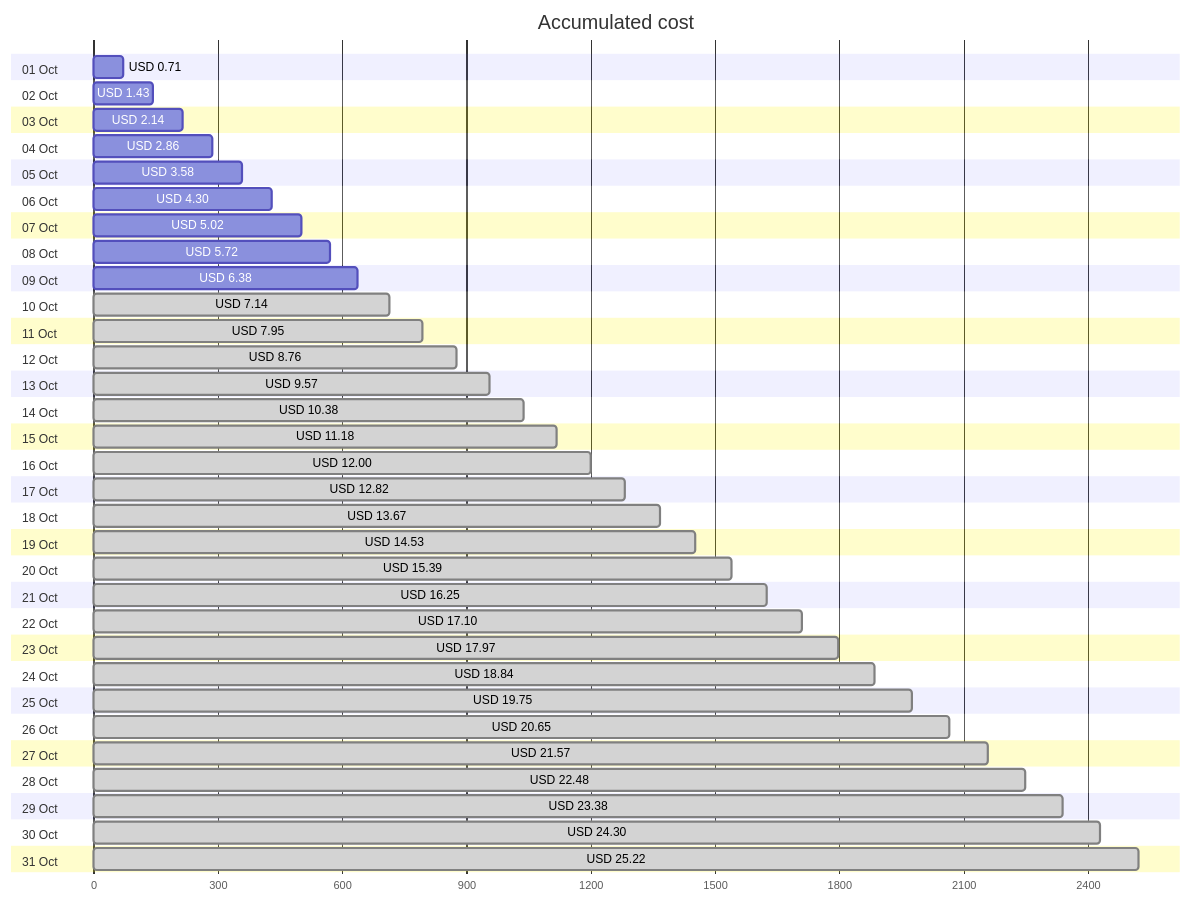
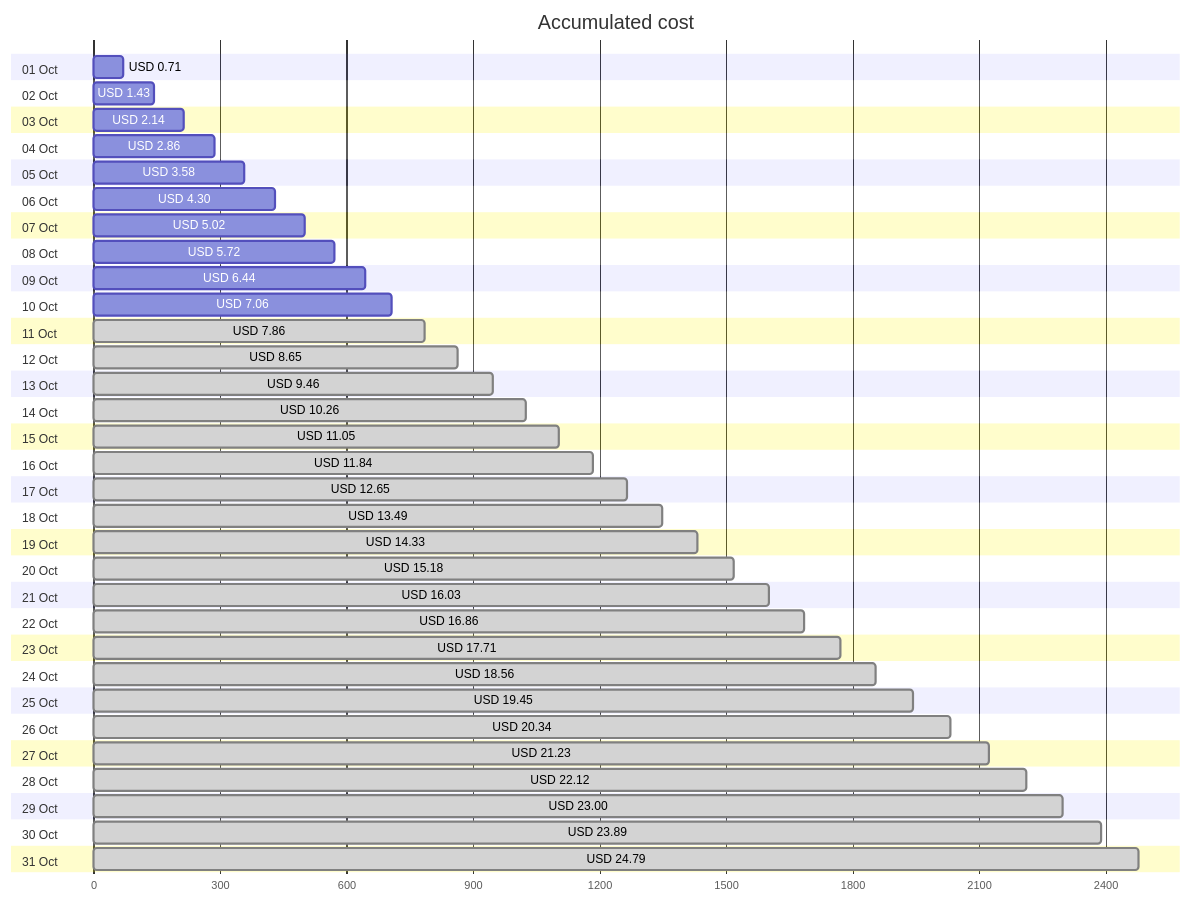
The first of 4 diagrams in cost-reports/personal-network/backup-server-data-disk.md (jpfulton/azure-personal-reports), drawn with Mermaid before and after one commit. The commit also changed other lines of this file and 8 other files, not shown here.

````diff
--- a/cost-reports/personal-network/backup-server-data-disk.md
+++ b/cost-reports/personal-network/backup-server-data-disk.md
@@ -20,68 +20,68 @@
 ```mermaid
 gantt
    title Accumulated cost
    dateFormat  X
    axisFormat %s
    section 01 Oct
    USD 0.71 :0, 71
    section 02 Oct
    USD 1.43 :0, 143
    section 03 Oct
    USD 2.14 :0, 214
    section 04 Oct
    USD 2.86 :0, 286
    section 05 Oct
    USD 3.58 :0, 358
    section 06 Oct
    USD 4.30 :0, 430
    section 07 Oct
    USD 5.02 :0, 502
    section 08 Oct
    USD 5.72 :0, 572
    section 09 Oct
-   USD 6.38 :0, 638
+   USD 6.44 :0, 644
    section 10 Oct
-   USD 7.14 : done, 0, 714
+   USD 7.06 :0, 706
    section 11 Oct
-   USD 7.95 : done, 0, 795
+   USD 7.86 : done, 0, 786
    section 12 Oct
-   USD 8.76 : done, 0, 876
+   USD 8.65 : done, 0, 865
    section 13 Oct
-   USD 9.57 : done, 0, 957
+   USD 9.46 : done, 0, 946
    section 14 Oct
-   USD 10.38 : done, 0, 1038
+   USD 10.26 : done, 0, 1026
    section 15 Oct
-   USD 11.18 : done, 0, 1118
+   USD 11.05 : done, 0, 1105
    section 16 Oct
-   USD 12.00 : done, 0, 1200
+   USD 11.84 : done, 0, 1184
    section 17 Oct
-   USD 12.82 : done, 0, 1282
+   USD 12.65 : done, 0, 1265
    section 18 Oct
-   USD 13.67 : done, 0, 1367
+   USD 13.49 : done, 0, 1349
    section 19 Oct
-   USD 14.53 : done, 0, 1453
+   USD 14.33 : done, 0, 1433
    section 20 Oct
-   USD 15.39 : done, 0, 1539
+   USD 15.18 : done, 0, 1518
    section 21 Oct
-   USD 16.25 : done, 0, 1625
+   USD 16.03 : done, 0, 1603
    section 22 Oct
-   USD 17.10 : done, 0, 1710
+   USD 16.86 : done, 0, 1686
    section 23 Oct
-   USD 17.97 : done, 0, 1797
+   USD 17.71 : done, 0, 1771
    section 24 Oct
-   USD 18.84 : done, 0, 1884
+   USD 18.56 : done, 0, 1856
    section 25 Oct
-   USD 19.75 : done, 0, 1975
+   USD 19.45 : done, 0, 1945
    section 26 Oct
-   USD 20.65 : done, 0, 2065
+   USD 20.34 : done, 0, 2034
    section 27 Oct
-   USD 21.57 : done, 0, 2157
+   USD 21.23 : done, 0, 2123
    section 28 Oct
-   USD 22.48 : done, 0, 2248
+   USD 22.12 : done, 0, 2212
    section 29 Oct
-   USD 23.38 : done, 0, 2338
+   USD 23.00 : done, 0, 2300
    section 30 Oct
-   USD 24.30 : done, 0, 2430
+   USD 23.89 : done, 0, 2389
    section 31 Oct
-   USD 25.22 : done, 0, 2522
+   USD 24.79 : done, 0, 2479
 ```
````
